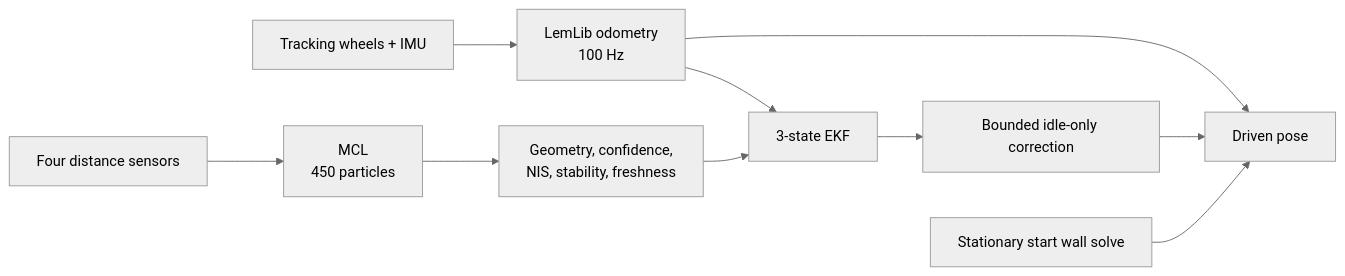
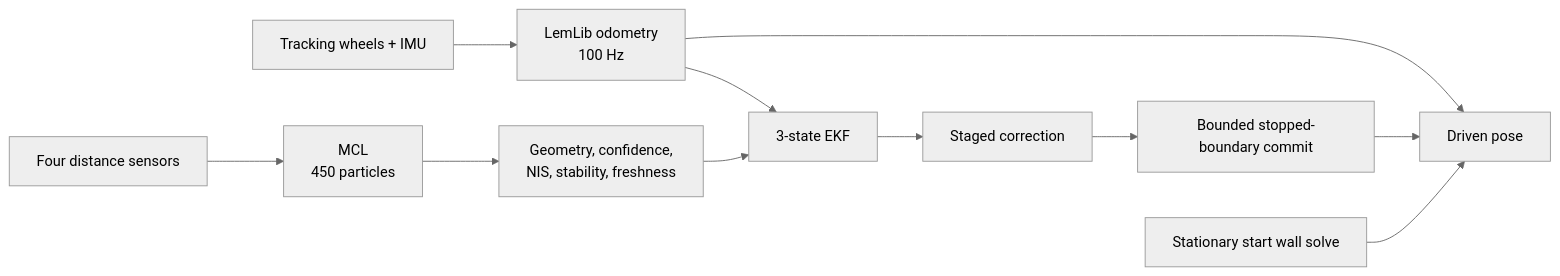
One commit to NlGanma/vex-v5-localization changed the diagram in README.md. Above: the diagram before and after it, drawn with Mermaid (neutral theme). The commit also changed other lines of this file and 26 other files, not shown here.

````diff
--- a/README.md
+++ b/README.md
@@ -48,12 +48,13 @@
 ```mermaid
 flowchart LR
     W["Tracking wheels + IMU"] --> O["LemLib odometry<br/>100 Hz"]
     O --> E["3-state EKF"]
     O --> P["Driven pose"]
     D["Four distance sensors"] --> M["MCL<br/>450 particles"]
     M --> G["Geometry, confidence,<br/>NIS, stability, freshness"]
     G --> E
-    E --> C["Bounded idle-only correction"]
-    C --> P
+    E --> C["Staged correction"]
+    C --> B["Bounded stopped-boundary commit"]
+    B --> P
     S["Stationary start wall solve"] --> P
 ```
````
